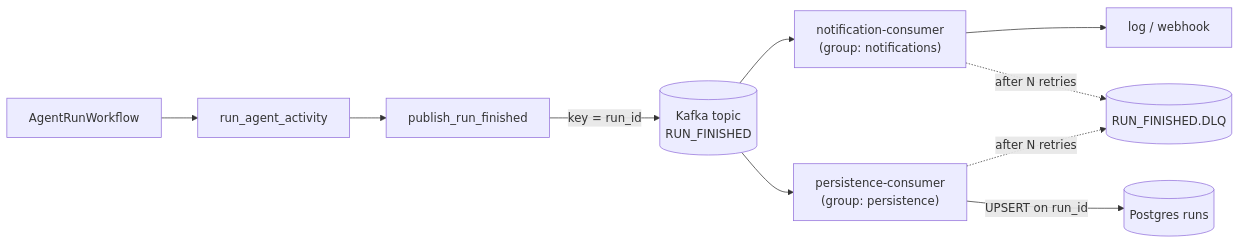
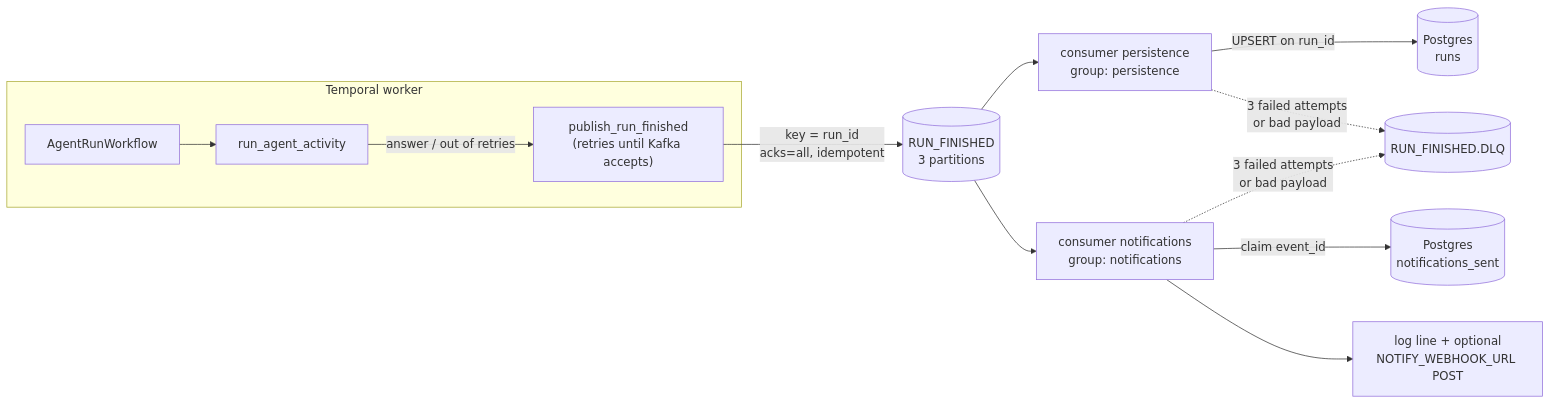
One commit to Anirudh1905/async-agentic-workflows changed the first of 2 diagrams in docs/phases/phase-4-kafka.md. Above: the diagram before and after it, drawn with Mermaid. The commit also changed other lines of this file and 25 other files, not shown here.

First line of the commit message:
Add Phase 4: RUN_FINISHED Kafka producer, persistence + notification consumers

````diff
--- a/docs/phases/phase-4-kafka.md
+++ b/docs/phases/phase-4-kafka.md
@@ -5,11 +5,14 @@
 ```mermaid
 flowchart LR
-    WF[AgentRunWorkflow] --> ACT1[run_agent_activity]
-    ACT1 --> ACT2[publish_run_finished]
-    ACT2 -- "key = run_id" --> TOPIC[(Kafka topic<br/>RUN_FINISHED)]
-    TOPIC --> N["notification-consumer<br/>(group: notifications)"]
-    TOPIC --> P["persistence-consumer<br/>(group: persistence)"]
-    P -- "UPSERT on run_id" --> PG[(Postgres runs)]
-    N --> OUT[log / webhook]
-    N & P -. "after N retries" .-> DLQ[(RUN_FINISHED.DLQ)]
+    subgraph worker["Temporal worker"]
+        WF[AgentRunWorkflow] --> ACT1[run_agent_activity]
+        ACT1 -- "answer / out of retries" --> ACT2["publish_run_finished<br/>(retries until Kafka accepts)"]
+    end
+    ACT2 -- "key = run_id<br/>acks=all, idempotent" --> TOPIC[("RUN_FINISHED<br/>3 partitions")]
+    TOPIC --> P["consumer persistence<br/>group: persistence"]
+    TOPIC --> N["consumer notifications<br/>group: notifications"]
+    P -- "UPSERT on run_id" --> RUNS[("Postgres<br/>runs")]
+    N -- "claim event_id" --> SENT[("Postgres<br/>notifications_sent")]
+    N --> OUT["log line + optional<br/>NOTIFY_WEBHOOK_URL POST"]
+    P & N -. "3 failed attempts<br/>or bad payload" .-> DLQ[("RUN_FINISHED.DLQ")]
 ```
````
